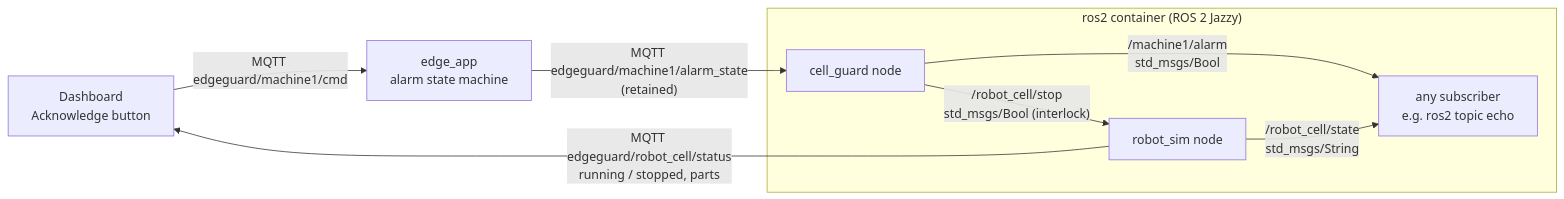
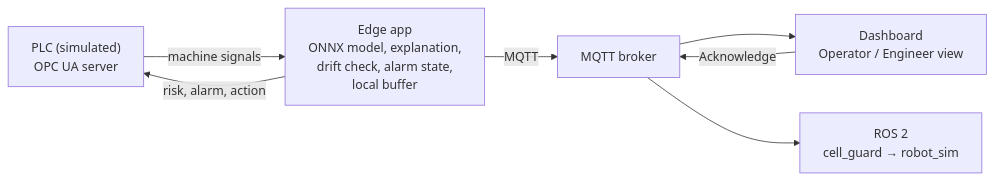
One commit to showrav38/edgeguard changed the diagram in README.md. Above: the diagram before and after it, drawn with Mermaid. The commit also changed other lines of this file and 17 other files, not shown here.

````diff
--- a/README.md
+++ b/README.md
@@ -99,11 +34,9 @@
 ```mermaid
 flowchart LR
-    D["Dashboard<br/>Acknowledge button"] -- "MQTT edgeguard/machine1/cmd" --> E
-    E["edge_app<br/>alarm state machine"] -- "MQTT edgeguard/machine1/alarm_state<br/>(retained)" --> G
-    subgraph ros["ros2 container (ROS 2 Jazzy)"]
-        G["cell_guard node"] -- "/machine1/alarm<br/>std_msgs/Bool" --> Z["any subscriber<br/>e.g. ros2 topic echo"]
-        G -- "/robot_cell/stop<br/>std_msgs/Bool (interlock)" --> R["robot_sim node"]
-        R -- "/robot_cell/state<br/>std_msgs/String" --> Z
-    end
-    R -- "MQTT edgeguard/robot_cell/status<br/>running / stopped, parts" --> D
+    PLC["PLC (simulated)<br/>OPC UA server"] -- "machine signals" --> EDGE
+    EDGE["Edge app<br/>ONNX model, explanation,<br/>drift check, alarm state,<br/>local buffer"] -- "risk, alarm, action" --> PLC
+    EDGE -- "MQTT" --> BROKER["MQTT broker"]
+    BROKER --> UI["Dashboard<br/>Operator / Engineer view"]
+    UI -- "Acknowledge" --> BROKER
+    BROKER --> ROS["ROS 2<br/>cell_guard → robot_sim"]
 ```
````
